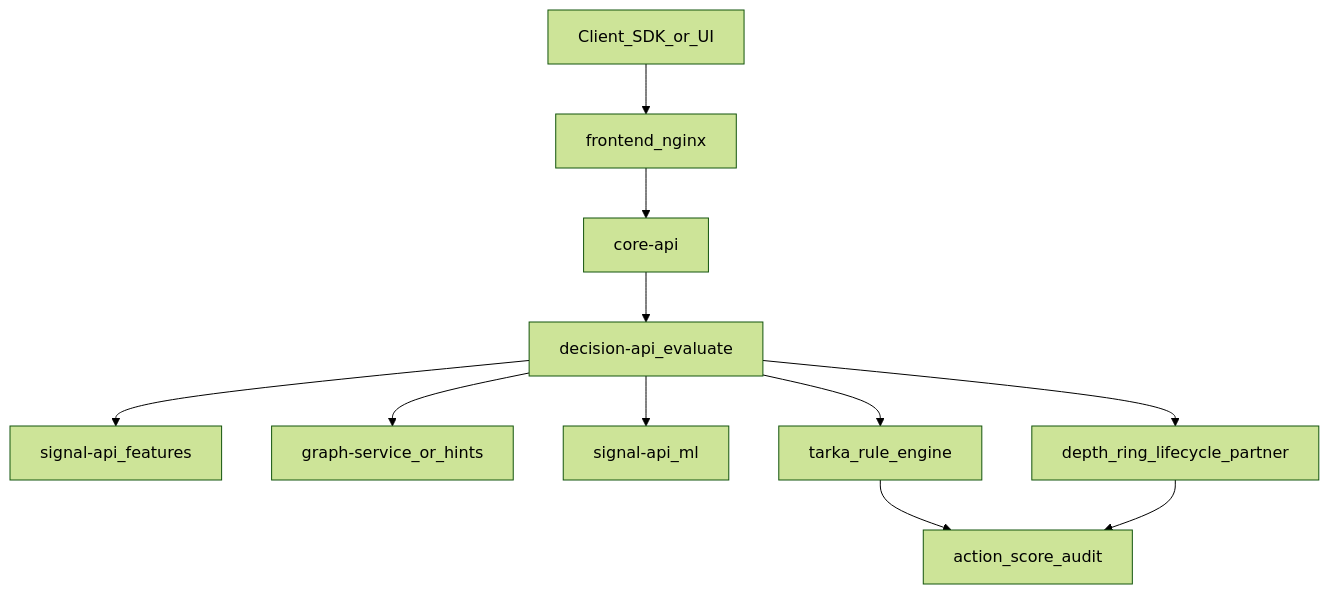
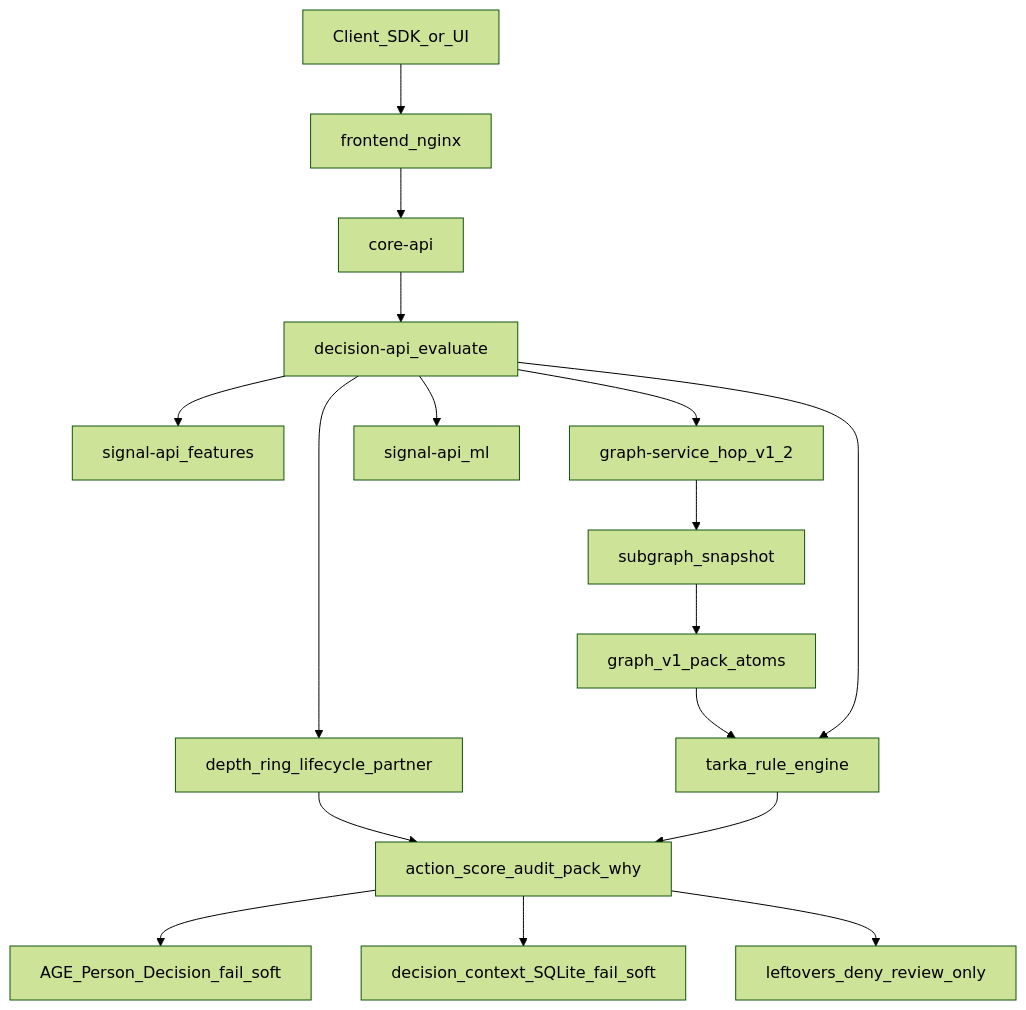
The first of 7 diagrams in docs/docs/guides/feature-data-flows.md (pamu512/tarka), drawn with Mermaid (forest theme) before and after one commit. The commit also changed other lines of this file and 3 other files, not shown here.

First line of the commit message:
docs: redraw evaluate hop and architecture mermaid after August PRs

````diff
--- a/docs/docs/guides/feature-data-flows.md
+++ b/docs/docs/guides/feature-data-flows.md
@@ -14,22 +16,33 @@
 ```mermaid
 flowchart TD
   Client[Client_SDK_or_UI]
   Nginx[frontend_nginx]
   Core[core-api]
   Dec[decision-api_evaluate]
   Feat[signal-api_features]
-  Graph[graph-service_or_hints]
+  Graph[graph-service_hop_v1_2]
   ML[signal-api_ml]
   Rust[tarka_rule_engine]
   Depth[depth_ring_lifecycle_partner]
-  Out[action_score_audit]
+  Snap[subgraph_snapshot]
+  Atoms[graph_v1_pack_atoms]
+  Out[action_score_audit_pack_why]
+  AgeW[AGE_Person_Decision_fail_soft]
+  Ctx[decision_context_SQLite_fail_soft]
+  Left[leftovers_deny_review_only]
 
   Client --> Nginx --> Core --> Dec
   Dec --> Feat
   Dec --> Graph
   Dec --> ML
+  Dec --> Depth
+  Graph --> Snap
+  Snap --> Atoms
+  Atoms --> Rust
   Dec --> Rust
-  Dec --> Depth
+  Depth --> Out
   Rust --> Out
-  Depth --> Out
+  Out --> AgeW
+  Out --> Ctx
+  Out --> Left
 ```
````
